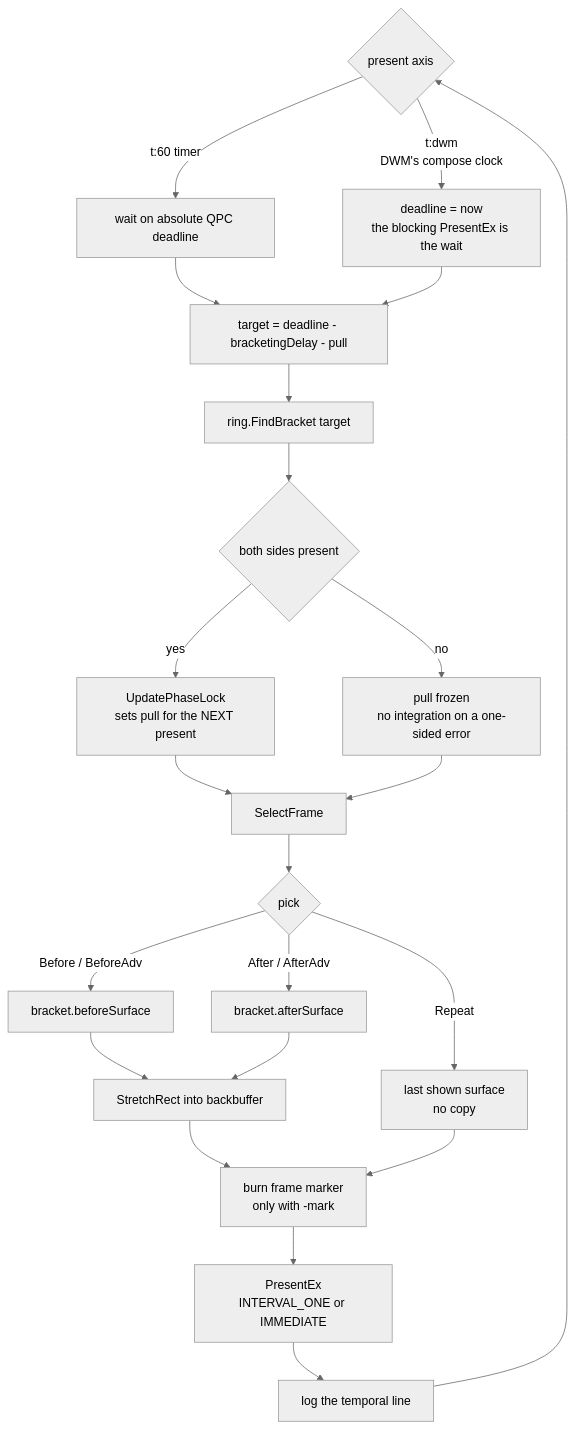
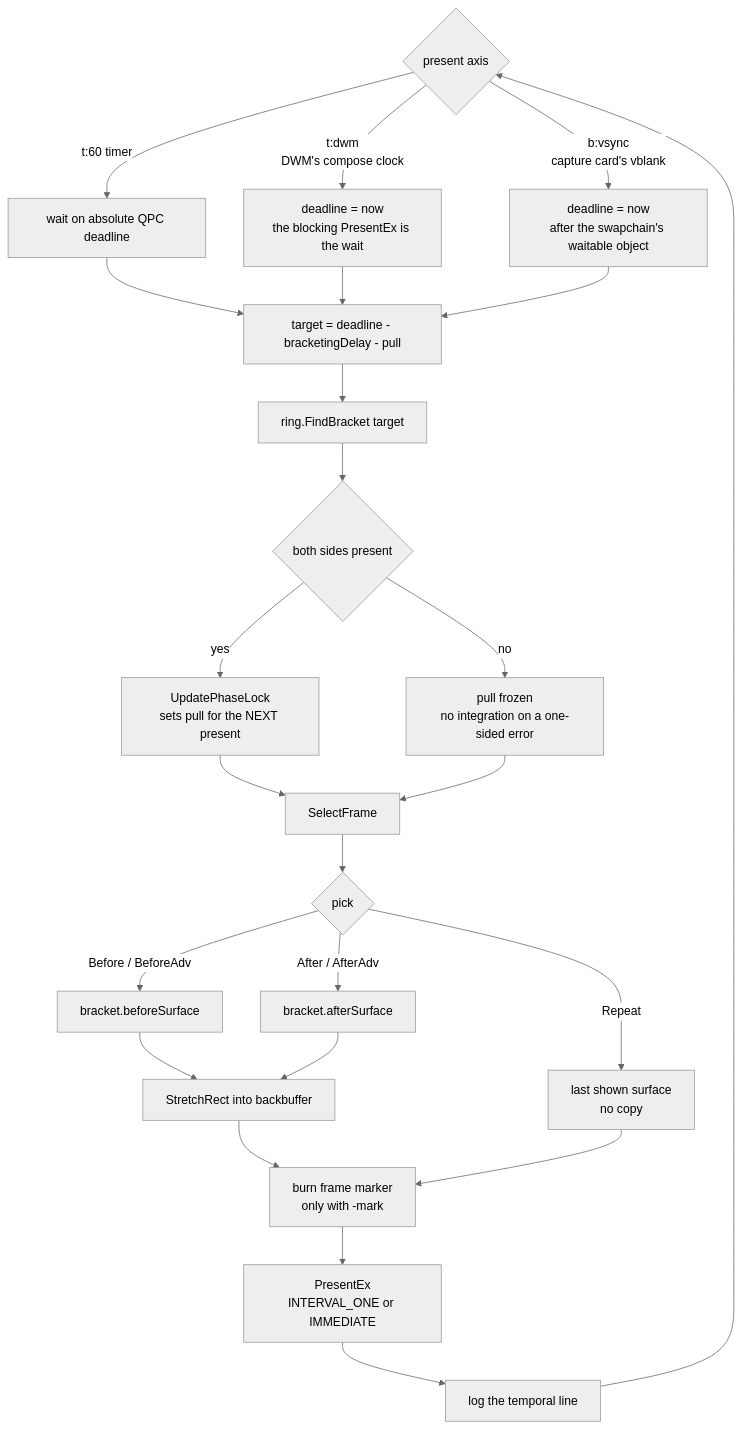
The third of 4 diagrams in README.md (garrettsparks/nvfbc-relay), drawn with Mermaid (neutral theme) before and after one commit. The commit also changed other lines of this file and 22 other files, not shown here.

````diff
--- a/README.md
+++ b/README.md
@@ -329,25 +336,27 @@
 ```mermaid
 flowchart TD
     A{"present axis"}
     A -- "t:60 timer" --> B["wait on absolute QPC deadline"]
     A -- "t:dwm<br/>DWM's compose clock" --> C["deadline = now<br/>the blocking PresentEx is the wait"]
+    A -- "b:vsync<br/>capture card's vblank" --> C2["deadline = now<br/>after the swapchain's waitable object"]
     B --> D["target = deadline - bracketingDelay - pull"]
     C --> D
+    C2 --> D
     D --> E["ring.FindBracket target"]
     E --> F{"both sides present"}
     F -- "yes" --> G["UpdatePhaseLock<br/>sets pull for the NEXT present"]
     F -- "no" --> H["pull frozen<br/>no integration on a one-sided error"]
     G --> I["SelectFrame"]
     H --> I
     I --> J{"pick"}
     J -- "Before / BeforeAdv" --> K["bracket.beforeSurface"]
     J -- "After / AfterAdv" --> L["bracket.afterSurface"]
     J -- "Repeat" --> M["last shown surface<br/>no copy"]
     K --> N["StretchRect into backbuffer"]
     L --> N
     N --> O["burn frame marker<br/>only with -mark"]
     M --> O
     O --> P["PresentEx<br/>INTERVAL_ONE or IMMEDIATE"]
     P --> Q["log the temporal line"]
     Q --> A
 ```
````
